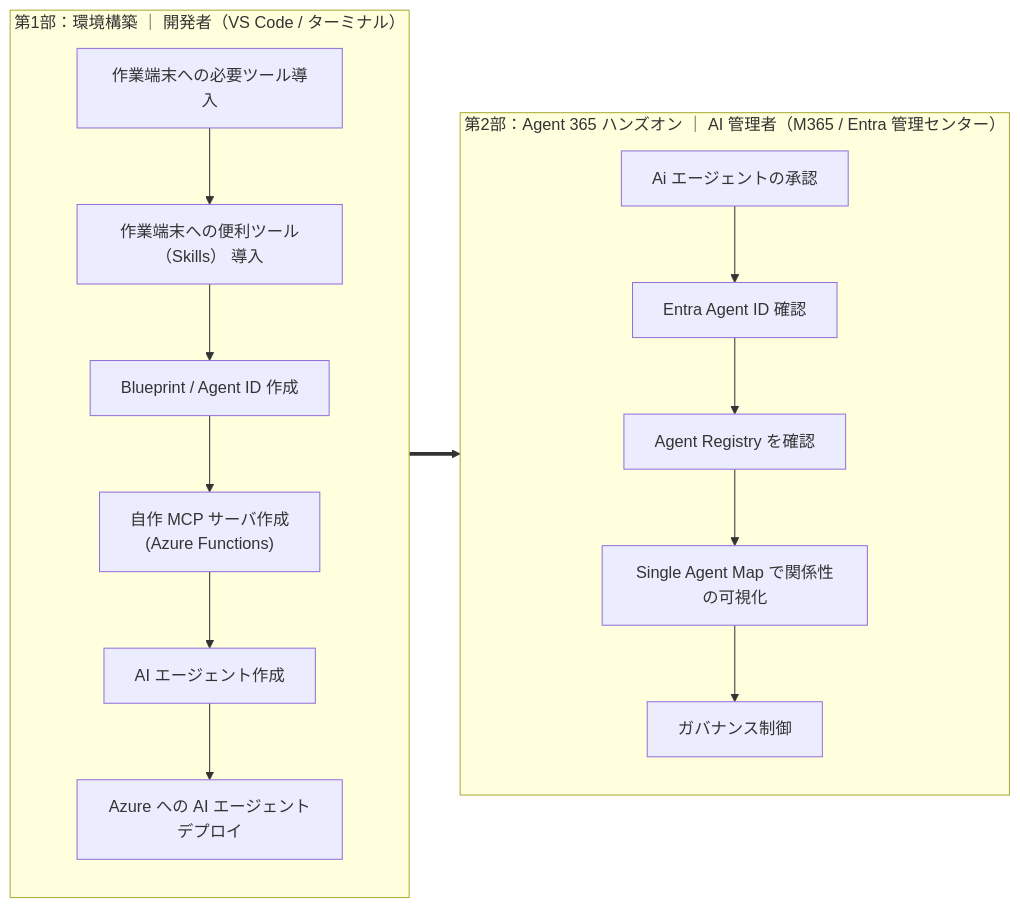
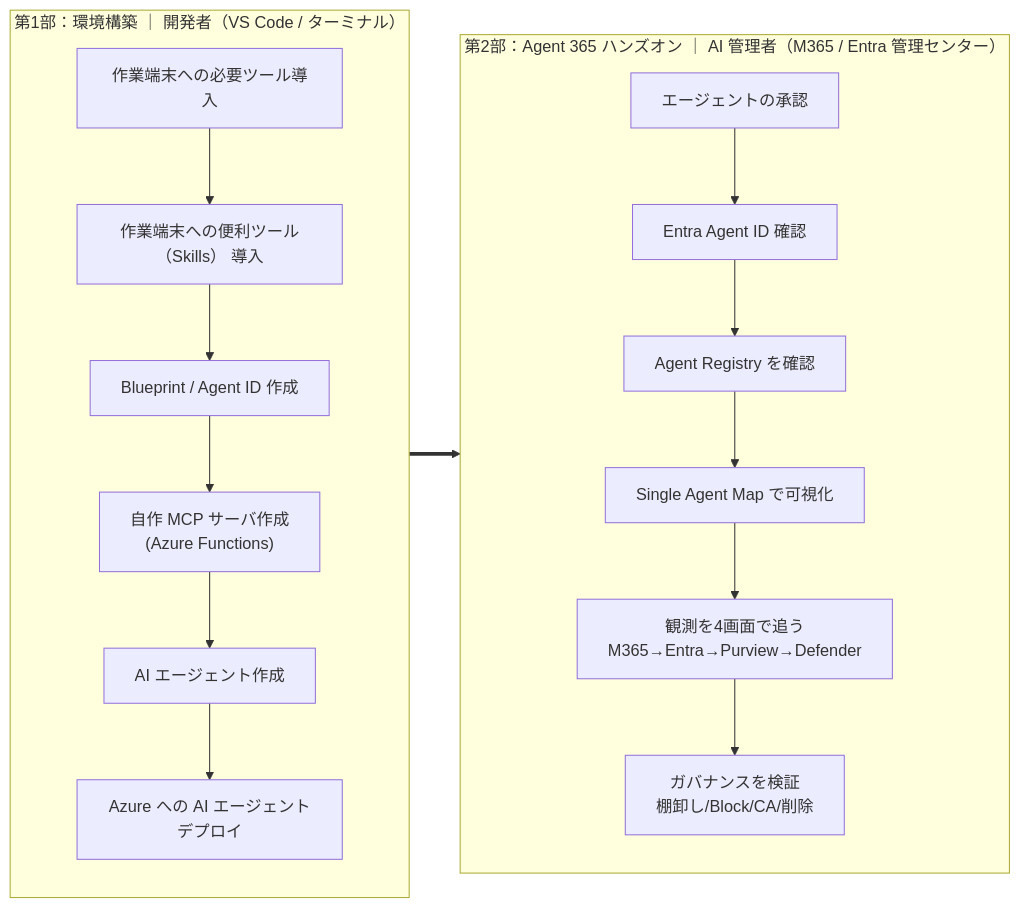
Before and after one commit to fatman3110/Agent365-Training: the diagram in README.MD, drawn with Mermaid. The commit also changed other lines of this file and 2 other files, not shown here.

Commit message:
docs(part2): 観測4画面追跡ラボ + ガバナンス検証(棚卸しKQL/Report-only CA/ID遮断vsプロセス停止/ガードレールの限界)を追加

````diff
--- a/README.MD
+++ b/README.MD
@@ -24,16 +24,17 @@
 ```mermaid
 flowchart LR
     subgraph P1["第1部：環境構築 ｜ 開発者（VS Code / ターミナル）"]
         direction TB
         A1["作業端末への必要ツール導入"] --> A2["作業端末への便利ツール（Skills） 導入"] --> A3["Blueprint / Agent ID 作成"]
         A3 --> A4["自作 MCP サーバ作成<br/>(Azure Functions)"] --> A5["AI エージェント作成"]
         A5 --> A6["Azure への AI エージェントデプロイ"]
     end
     subgraph P2["第2部：Agent 365 ハンズオン ｜ AI 管理者（M365 / Entra 管理センター）"]
         direction TB
-        B1["Ai エージェントの承認"] --> B2["Entra Agent ID 確認"]
-        B2 --> B3["Agent Registry を確認"] --> B4["Single Agent Map で関係性の可視化"]
-        B4 --> B5["ガバナンス制御"]
+        B1["エージェントの承認"] --> B2["Entra Agent ID 確認"]
+        B2 --> B3["Agent Registry を確認"] --> B4["Single Agent Map で可視化"]
+        B4 --> B5["観測を4画面で追う<br/>M365→Entra→Purview→Defender"]
+        B5 --> B6["ガバナンスを検証<br/>棚卸し/Block/CA/削除"]
     end
     A6 ==> B1
 ```
````
